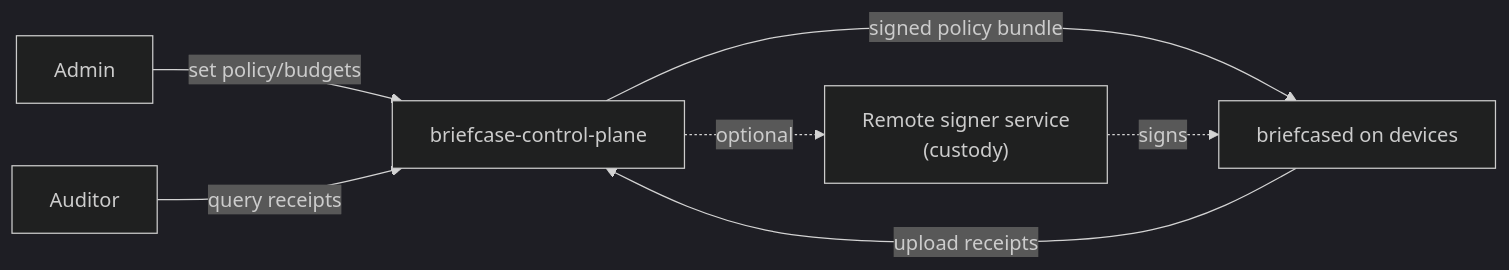
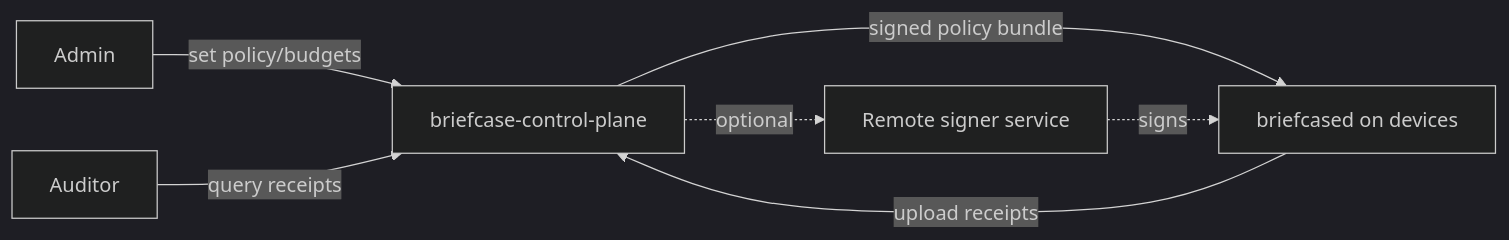
One commit to gary322/credential-briefcase changed the third of 3 diagrams in README.md. Above: the diagram before and after it, drawn with Mermaid (dark theme). The commit also changed other lines of this file, not shown here.

Commit message:
docs: fix README mermaid diagrams

````diff
--- a/README.md
+++ b/README.md
@@ -101,9 +102,9 @@
 ```mermaid
 flowchart LR
   Admin["Admin"] -->|set policy/budgets| CP["briefcase-control-plane"]
   CP -->|signed policy bundle| D["briefcased on devices"]
   D -->|upload receipts| CP
   Auditor["Auditor"] -->|query receipts| CP
-  CP -. optional .-> RS["Remote signer service<br/>(custody)"]
+  CP -. optional .-> RS["Remote signer service"]
   RS -. signs .-> D
 ```
````
